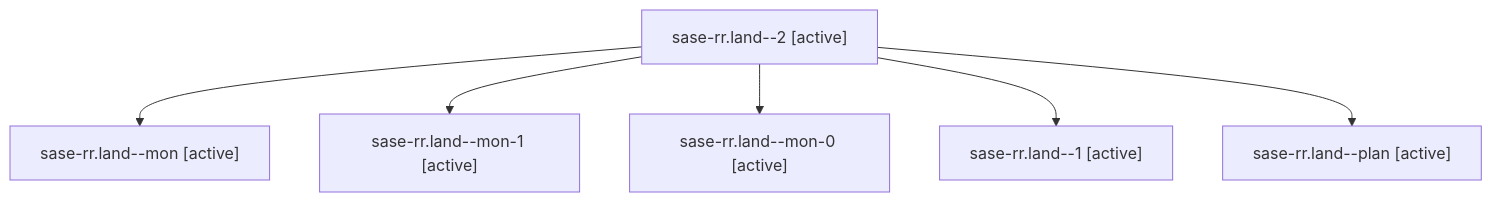
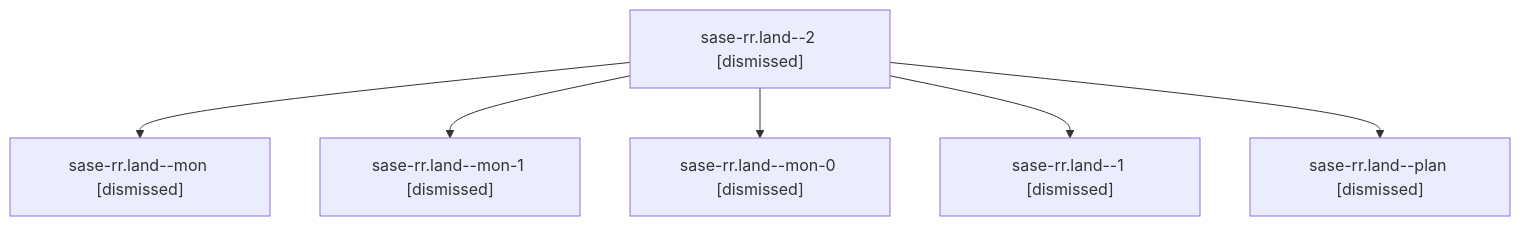
Before and after one commit to sase-org/sase--agents: the diagram in sessions/bbugyi200.athena.sase-rr.land.md, drawn with Mermaid. The commit also changed other lines of this file and 172 other files, not shown here.

````diff
--- a/sessions/bbugyi200.athena.sase-rr.land.md
+++ b/sessions/bbugyi200.athena.sase-rr.land.md
@@ -9,14 +9,14 @@
 ```mermaid
 flowchart TD
-  n0["sase-rr.land--2 [active]"]
-  n1["sase-rr.land--mon [active]"]
+  n0["sase-rr.land--2 [dismissed]"]
+  n1["sase-rr.land--mon [dismissed]"]
   n0 --> n1
-  n2["sase-rr.land--mon-1 [active]"]
+  n2["sase-rr.land--mon-1 [dismissed]"]
   n0 --> n2
-  n3["sase-rr.land--mon-0 [active]"]
+  n3["sase-rr.land--mon-0 [dismissed]"]
   n0 --> n3
-  n4["sase-rr.land--1 [active]"]
+  n4["sase-rr.land--1 [dismissed]"]
   n0 --> n4
-  n5["sase-rr.land--plan [active]"]
+  n5["sase-rr.land--plan [dismissed]"]
   n0 --> n5
 ```
````
